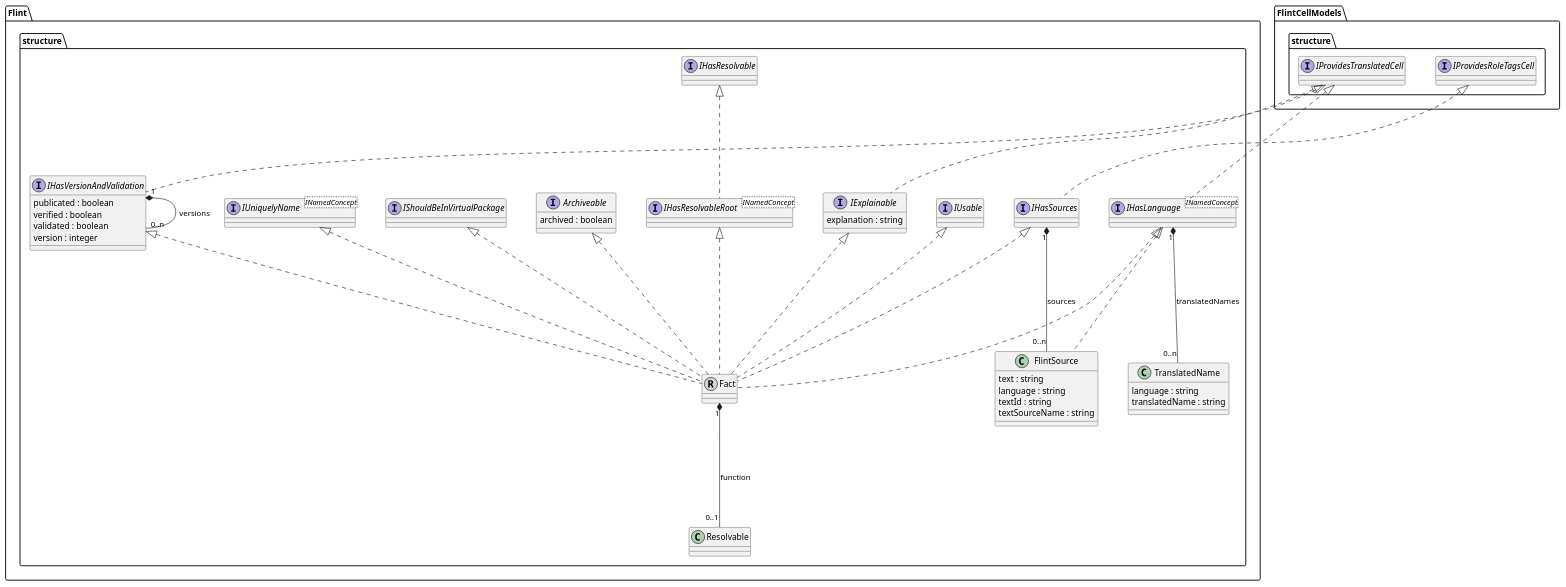
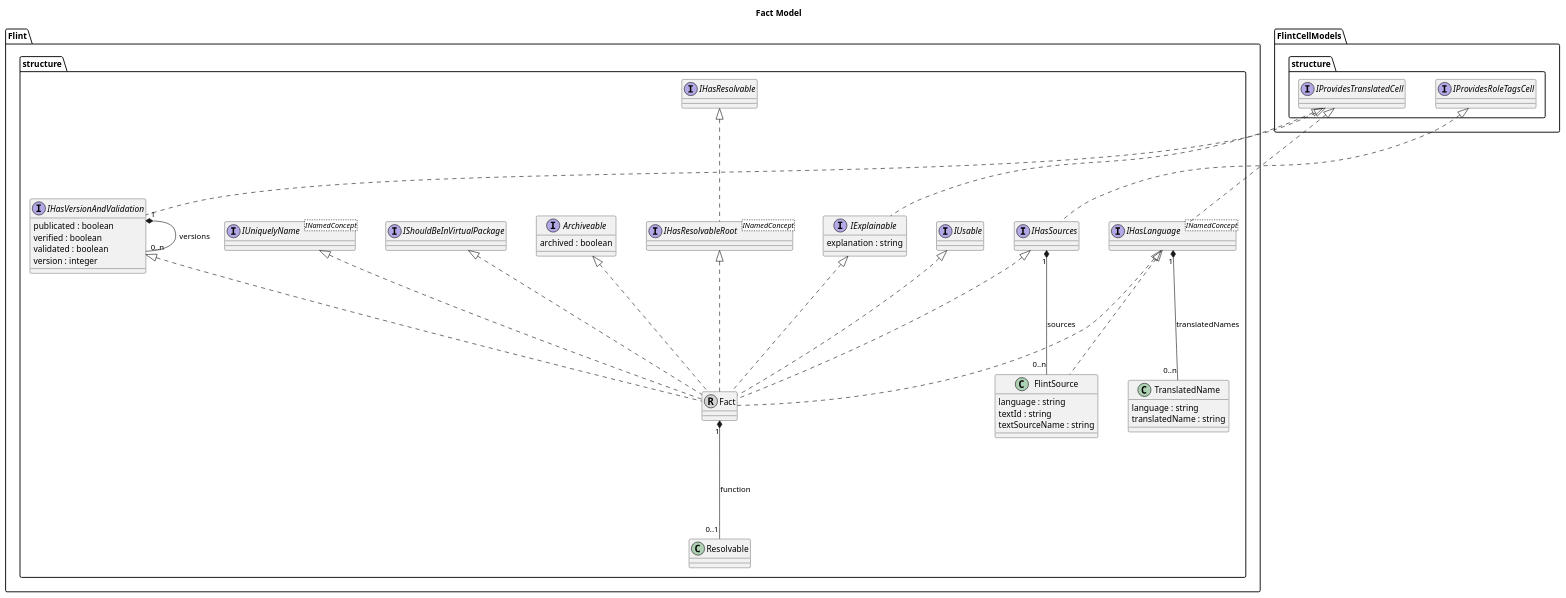
Before and after one commit to discipl/flinteditor-mps: the diagram in docs/uml/fact-model.puml, drawn with PlantUML. The commit also changed 13 other files, not shown here.

```diff
--- a/docs/uml/fact-model.puml
+++ b/docs/uml/fact-model.puml
@@ -1,55 +1,54 @@
 @startuml Fact-Model
-
+title Fact Model
 skinparam nodesep 50
 skinparam ranksep 150
 
 interface "Flint.structure.IUniquelyName" <INamedConcept>
 interface "Flint.structure.IUsable" 
 interface "Flint.structure.IHasResolvable" 
 interface "Flint.structure.IHasVersionAndValidation" 
 "Flint.structure.IHasVersionAndValidation" : publicated : boolean
 "Flint.structure.IHasVersionAndValidation" : verified : boolean
 "Flint.structure.IHasVersionAndValidation" : validated : boolean
 "Flint.structure.IHasVersionAndValidation" : version : integer
 interface "Flint.structure.IExplainable" 
 "Flint.structure.IExplainable" : explanation : string
 interface "Flint.structure.IShouldBeInVirtualPackage" 
 interface "Flint.structure.Archiveable" 
 "Flint.structure.Archiveable" : archived : boolean
 interface "Flint.structure.IHasLanguage" <INamedConcept>
 interface "FlintCellModels.structure.IProvidesRoleTagsCell" 
 interface "Flint.structure.IHasSources" 
 interface "FlintCellModels.structure.IProvidesTranslatedCell" 
 interface "Flint.structure.IHasResolvableRoot" <INamedConcept>
 class "Flint.structure.Resolvable"  
 class "Flint.structure.Fact"  << (R, lightgrey) >>
 class "Flint.structure.TranslatedName"  
 "Flint.structure.TranslatedName" : language : string
 "Flint.structure.TranslatedName" : translatedName : string
 class "Flint.structure.FlintSource"
-"Flint.structure.FlintSource" : text : string
 "Flint.structure.FlintSource" : language : string
 "Flint.structure.FlintSource" : textId : string
 "Flint.structure.FlintSource" : textSourceName : string  
 "Flint.structure.IHasLanguage" <|.. "Flint.structure.FlintSource" 
 
 "FlintCellModels.structure.IProvidesTranslatedCell" <|.. "Flint.structure.IHasVersionAndValidation"
 "FlintCellModels.structure.IProvidesTranslatedCell" <|.. "Flint.structure.IExplainable"
 "FlintCellModels.structure.IProvidesTranslatedCell" <|.. "Flint.structure.IHasLanguage"
 "FlintCellModels.structure.IProvidesRoleTagsCell" <|.. "Flint.structure.IHasSources"
 "Flint.structure.IHasResolvable" <|.. "Flint.structure.IHasResolvableRoot"
 "Flint.structure.IUniquelyName" <|.. "Flint.structure.Fact"
 "Flint.structure.IExplainable" <|.. "Flint.structure.Fact"
 "Flint.structure.IUsable" <|.. "Flint.structure.Fact"
 "Flint.structure.IHasSources" <|.. "Flint.structure.Fact"
 "Flint.structure.IHasResolvableRoot" <|.. "Flint.structure.Fact"
 "Flint.structure.IShouldBeInVirtualPackage" <|.. "Flint.structure.Fact"
 "Flint.structure.IHasLanguage" <|.. "Flint.structure.Fact"
 "Flint.structure.IHasVersionAndValidation" <|.. "Flint.structure.Fact"
 "Flint.structure.Archiveable" <|.. "Flint.structure.Fact"
 "Flint.structure.IHasVersionAndValidation" "1" *-- "0..n" "Flint.structure.IHasVersionAndValidation" : versions
 "Flint.structure.Fact" "1" *-- "0..1" "Flint.structure.Resolvable" : function
 "Flint.structure.IHasLanguage" "1" *-- "0..n" "Flint.structure.TranslatedName" : translatedNames
 "Flint.structure.IHasSources" "1" *-- "0..n" "Flint.structure.FlintSource" : sources
 
 @enduml
```
